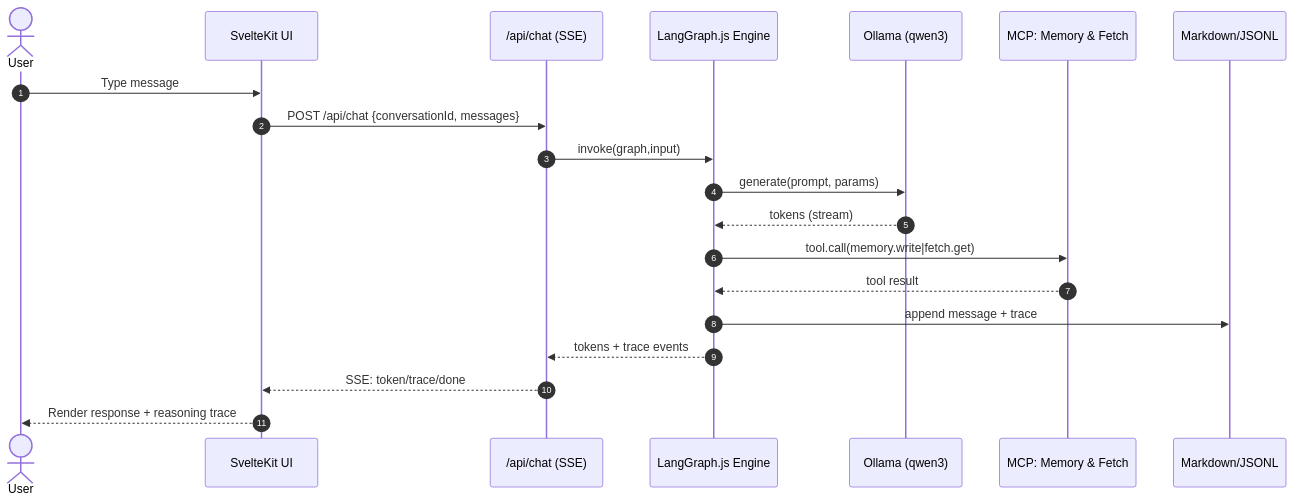
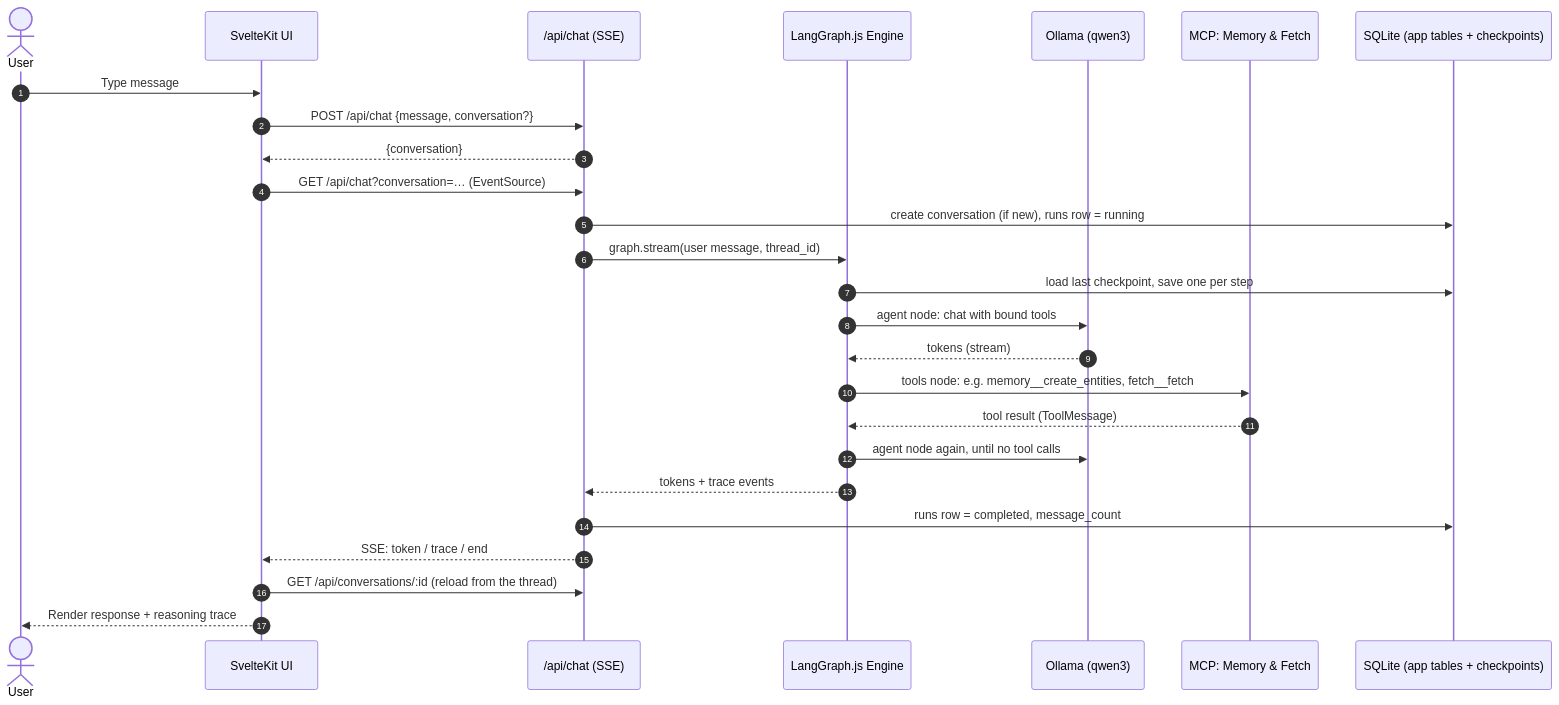
The diagram in docs/architecture/6-core-workflows.md (cognokratos/sophos-agent), drawn with Mermaid before and after one commit. The commit also changed other lines of this file and 74 other files, not shown here.

First line of the commit message:
feat: modernize agent runtime, durability, and chat rendering (#12)

````diff
--- a/docs/architecture/6-core-workflows.md
+++ b/docs/architecture/6-core-workflows.md
@@ -5,23 +5,29 @@
 ```mermaid
 sequenceDiagram
 autonumber
 actor U as User
 participant FE as SvelteKit UI
 participant API as /api/chat (SSE)
 participant LG as LangGraph.js Engine
 participant LLM as Ollama (qwen3)
 participant MCP as MCP: Memory & Fetch
-participant LOG as Markdown/JSONL
+participant DB as SQLite (app tables + checkpoints)
 
 U->>FE: Type message
-FE->>API: POST /api/chat {conversationId, messages}
-API->>LG: invoke(graph,input)
-LG->>LLM: generate(prompt, params)
+FE->>API: POST /api/chat {message, conversation?}
+API-->>FE: {conversation}
+FE->>API: GET /api/chat?conversation=… (EventSource)
+API->>DB: create conversation (if new), runs row = running
+API->>LG: graph.stream(user message, thread_id)
+LG->>DB: load last checkpoint, save one per step
+LG->>LLM: agent node: chat with bound tools
 LLM-->>LG: tokens (stream)
-LG->>MCP: tool.call(memory.write|fetch.get)
-MCP-->>LG: tool result
-LG->>LOG: append message + trace
+LG->>MCP: tools node: e.g. memory__create_entities, fetch__fetch
+MCP-->>LG: tool result (ToolMessage)
+LG->>LLM: agent node again, until no tool calls
 LG-->>API: tokens + trace events
-API-->>FE: SSE: token/trace/done
+API->>DB: runs row = completed, message_count
+API-->>FE: SSE: token / trace / end
+FE->>API: GET /api/conversations/:id (reload from the thread)
 FE-->>U: Render response + reasoning trace
 ```
````
